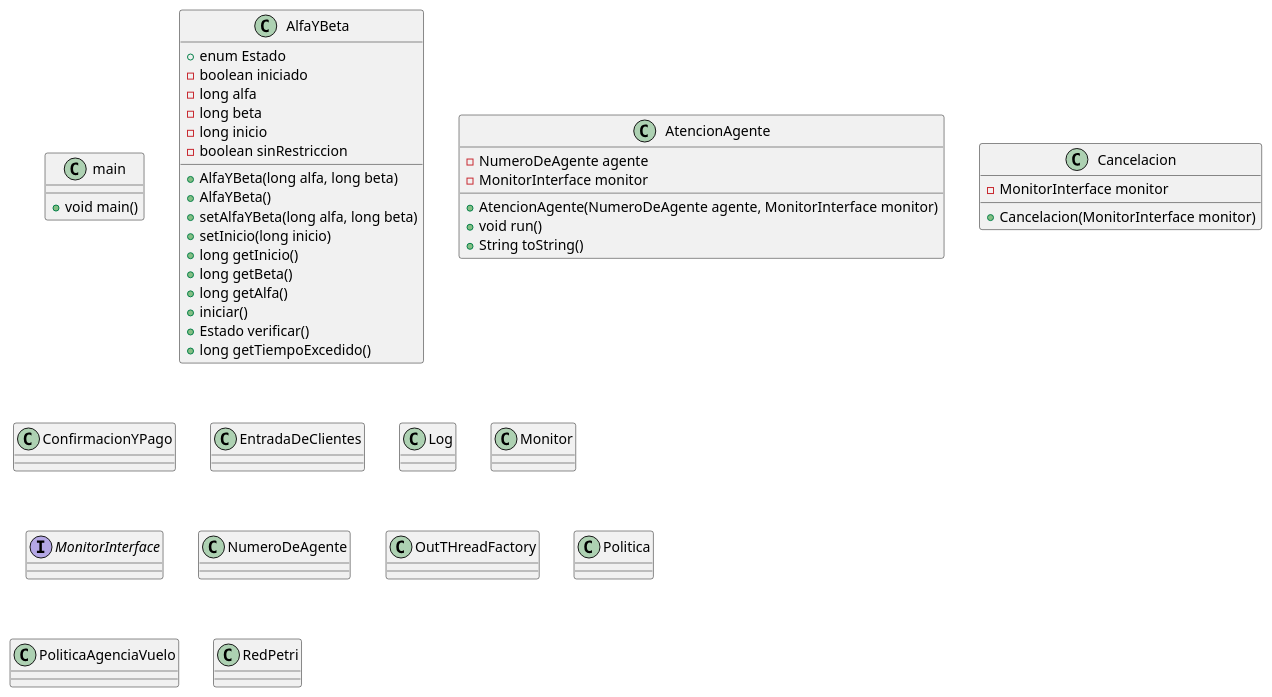
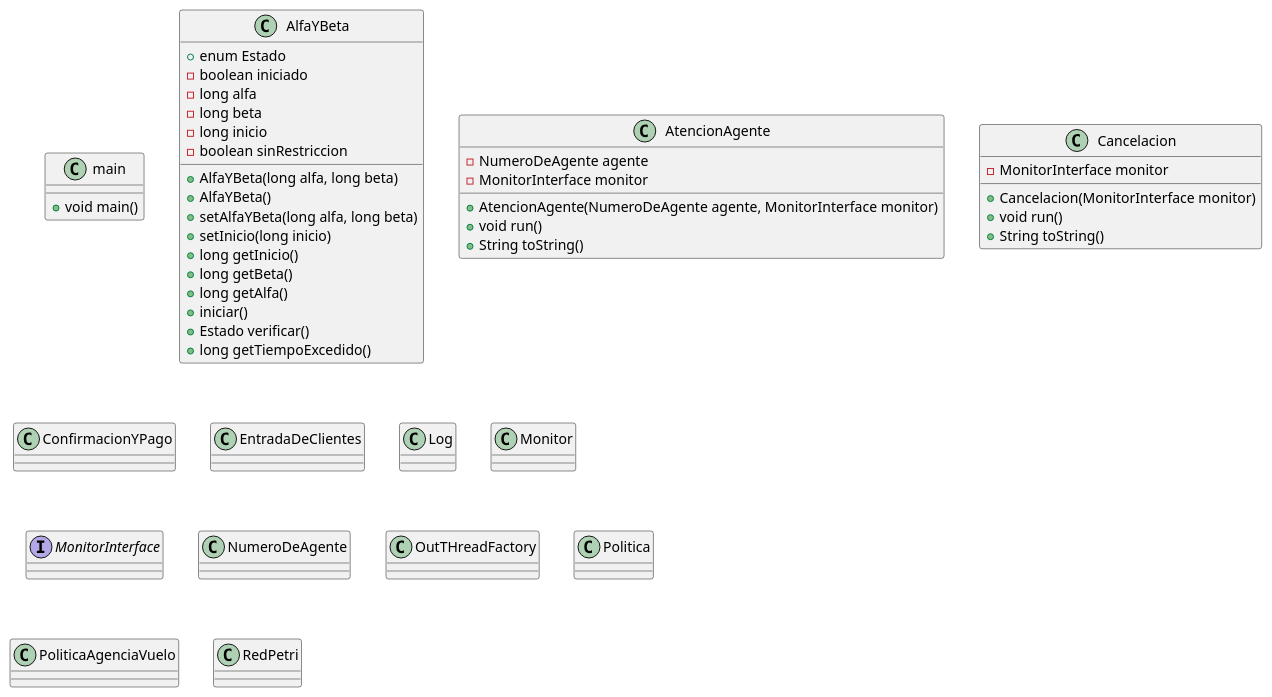
The diagram in doc/diagrama_class.puml (JosiasTomasnanez/flightAgencyAttendanceMonitor), drawn with PlantUML before and after one commit.

Commit message:
Agregado clase Cancelacion

```diff
--- a/doc/diagrama_class.puml
+++ b/doc/diagrama_class.puml
@@ -1,59 +1,61 @@
 @startuml clases
 
 class main{
     + void main()
 }
 
 class AlfaYBeta{
     + enum Estado
     - boolean iniciado
     - long alfa
     - long beta
     - long inicio
     - boolean sinRestriccion
     + AlfaYBeta(long alfa, long beta)
     + AlfaYBeta()
     + setAlfaYBeta(long alfa, long beta)
     + setInicio(long inicio)
     + long getInicio()
     + long getBeta()
     + long getAlfa()
     + iniciar()
     + Estado verificar()
     + long getTiempoExcedido()
 }
 
 class AtencionAgente{
     - NumeroDeAgente agente
     - MonitorInterface monitor
     + AtencionAgente(NumeroDeAgente agente, MonitorInterface monitor)
     + void run()
     + String toString()
 }
 
 class Cancelacion{
     - MonitorInterface monitor
     + Cancelacion(MonitorInterface monitor)
+    + void run()
+    + String toString()
 }
 
 class ConfirmacionYPago{}
 
 class EntradaDeClientes{}
 
 class Log{}
 
 class Monitor{}
 
 interface MonitorInterface{}
 
 class NumeroDeAgente{}
 
 class OutTHreadFactory{}
 
 class Politica{}
 
 class PoliticaAgenciaVuelo{}
 
 class RedPetri{}
 
 @enduml
```
